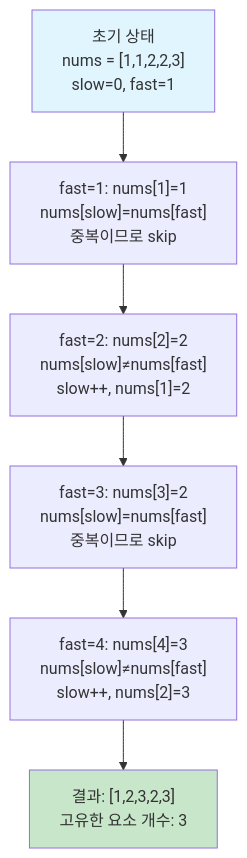
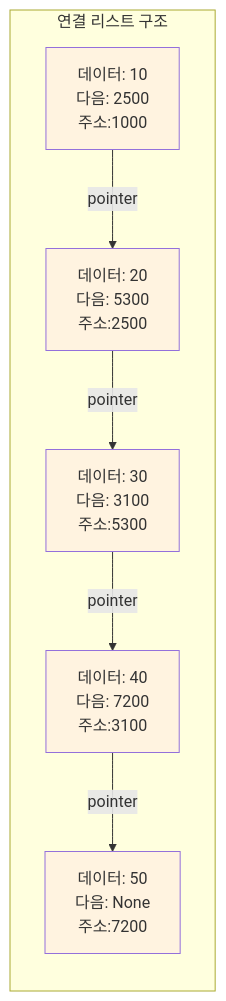
Before and after one commit to nugurejeil/weniVooks: the second of 3 diagrams in _md/essentials-codingtest/chapter03/03-1.md, drawn with Mermaid. The commit also changed other lines of this file and 4 other files, not shown here.

````diff
--- a/_md/essentials-codingtest/chapter03/03-1.md
+++ b/_md/essentials-codingtest/chapter03/03-1.md
@@ -276,11 +35,15 @@
 ```mermaid
-graph TD
-    A["초기 상태<br/>nums = [1,1,2,2,3]<br/>slow=0, fast=1"] --> B["fast=1: nums[1]=1<br/>nums[slow]=nums[fast]<br/>중복이므로 skip"]
-    B --> C["fast=2: nums[2]=2<br/>nums[slow]≠nums[fast]<br/>slow++, nums[1]=2"]
-    C --> D["fast=3: nums[3]=2<br/>nums[slow]=nums[fast]<br/>중복이므로 skip"]
-    D --> E["fast=4: nums[4]=3<br/>nums[slow]≠nums[fast]<br/>slow++, nums[2]=3"]
-    E --> F["결과: [1,2,3,2,3]<br/>고유한 요소 개수: 3"]
+graph LR
+    subgraph "연결 리스트 구조"
+        A["데이터: 10<br/>다음: 2500<br/>주소:1000"] -->|pointer| B["데이터: 20<br/>다음: 5300<br/>주소:2500"]
+        B -->|pointer| C["데이터: 30<br/>다음: 3100<br/>주소:5300"]
+        C -->|pointer| D["데이터: 40<br/>다음: 7200<br/>주소:3100"]
+        D -->|pointer| E["데이터: 50<br/>다음: None<br/>주소:7200"]
+    end
 
-    style A fill:#e1f5ff
-    style F fill:#c8e6c9
+    style A fill:#fff3e0
+    style B fill:#fff3e0
+    style C fill:#fff3e0
+    style D fill:#fff3e0
+    style E fill:#fff3e0
 ```
````
